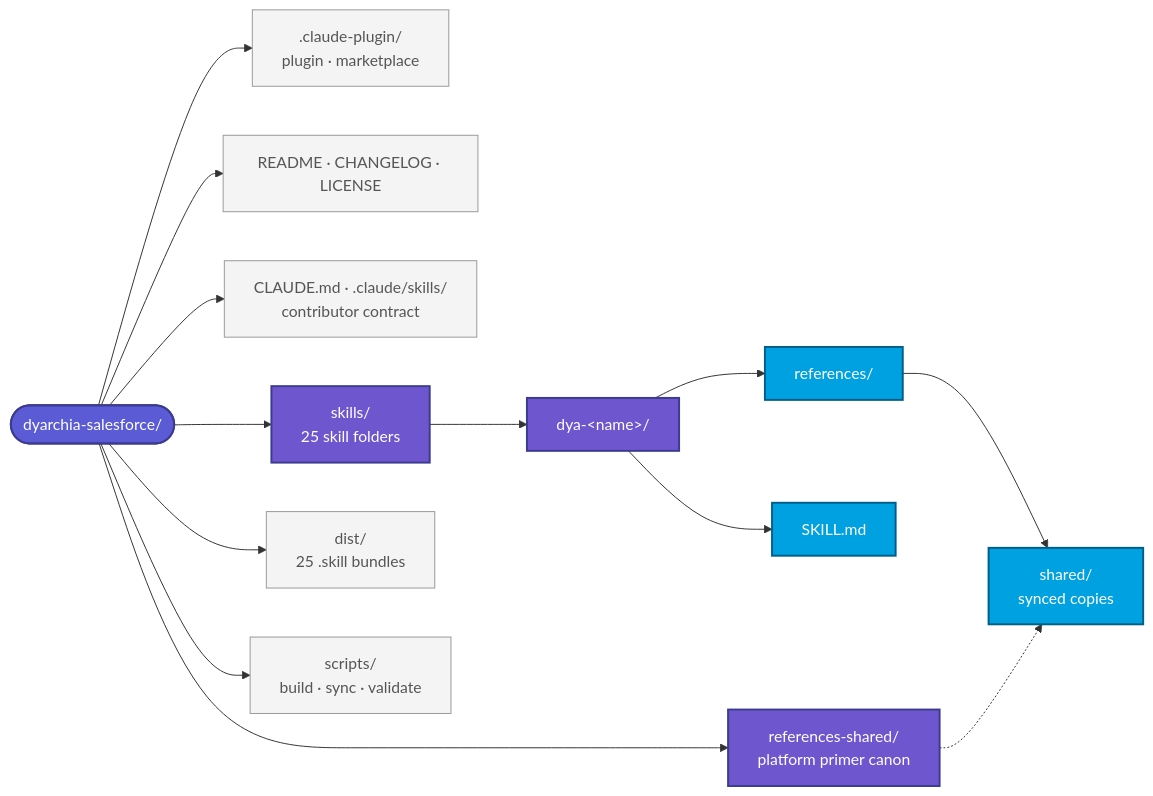
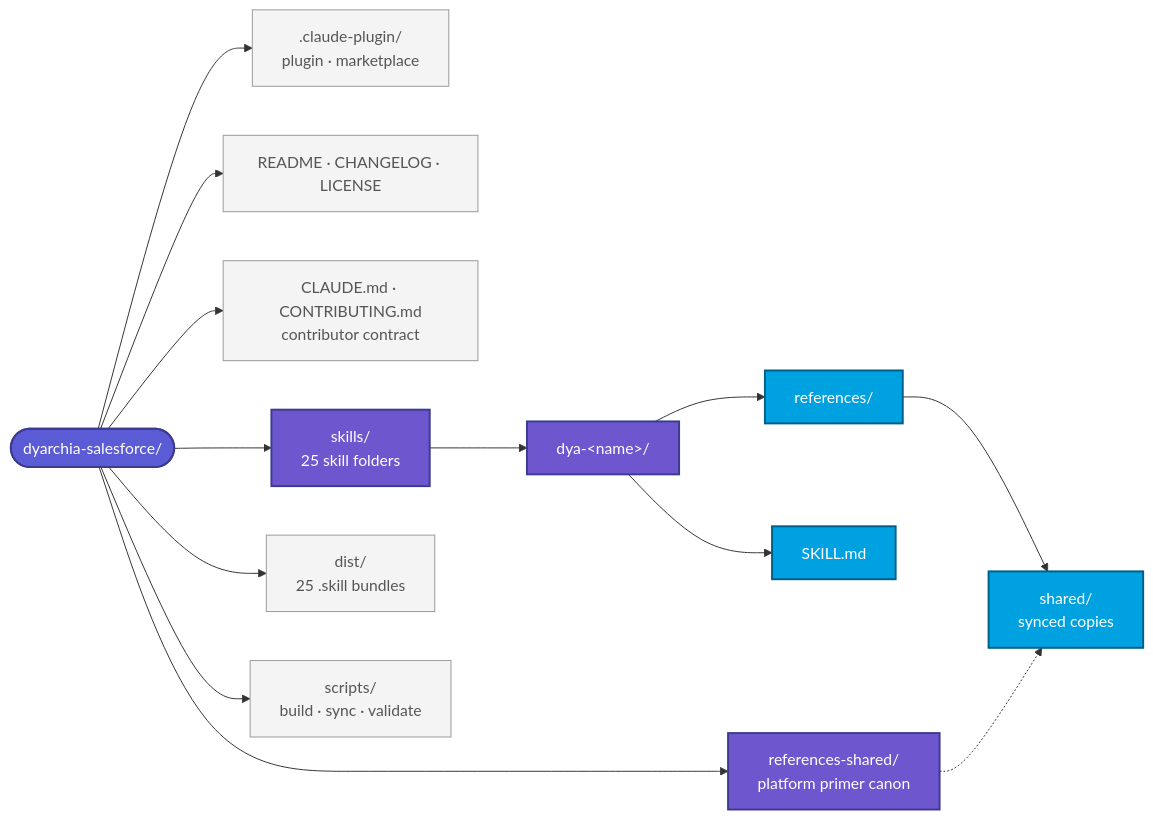
One commit to Dyarchia/dyarchia-salesforce changed the first of 3 diagrams in README.md. Above: the diagram before and after it, drawn with Mermaid. The commit also changed other lines of this file and 7 other files, not shown here.

First line of the commit message:
chore(repo): untrack .claude/ and move the authoring procedure to CONTRIBUTING.md

````diff
--- a/README.md
+++ b/README.md
@@ -94,27 +94,27 @@
 ```mermaid
 graph LR
     Root([dyarchia-salesforce/])
     Root --> Plugin[".claude-plugin/<br/>plugin · marketplace"]
     Root --> Meta["README · CHANGELOG · LICENSE"]
-    Root --> Contract["CLAUDE.md · .claude/skills/<br/>contributor contract"]
+    Root --> Contract["CLAUDE.md · CONTRIBUTING.md<br/>contributor contract"]
     Root --> SK["skills/<br/>25 skill folders"]
     Root --> Shared["references-shared/<br/>platform primer canon"]
     Root --> Dist["dist/<br/>25 .skill bundles"]
     Root --> Scripts["scripts/<br/>build · sync · validate"]
 
     SK --> Skill["dya-&lt;name&gt;/"]
     Skill --> SM["SKILL.md"]
     Skill --> Refs["references/"]
     Refs --> SharedRefs["shared/<br/>synced copies"]
     Shared -.-> SharedRefs
 
     classDef root fill:#5B5BD6,stroke:#3B3B8F,color:#fff,stroke-width:2px
     classDef domainFolder fill:#6E56CF,stroke:#3B3B8F,color:#fff,stroke-width:2px
     classDef skillFolder fill:#00A1E0,stroke:#005F8A,color:#fff,stroke-width:2px
     classDef meta fill:#F4F4F4,stroke:#999,color:#555
 
     class Root root
     class SK,Skill,Shared domainFolder
     class SM,Refs,SharedRefs skillFolder
     class Plugin,Meta,Contract,Dist,Scripts meta
 ```
````
